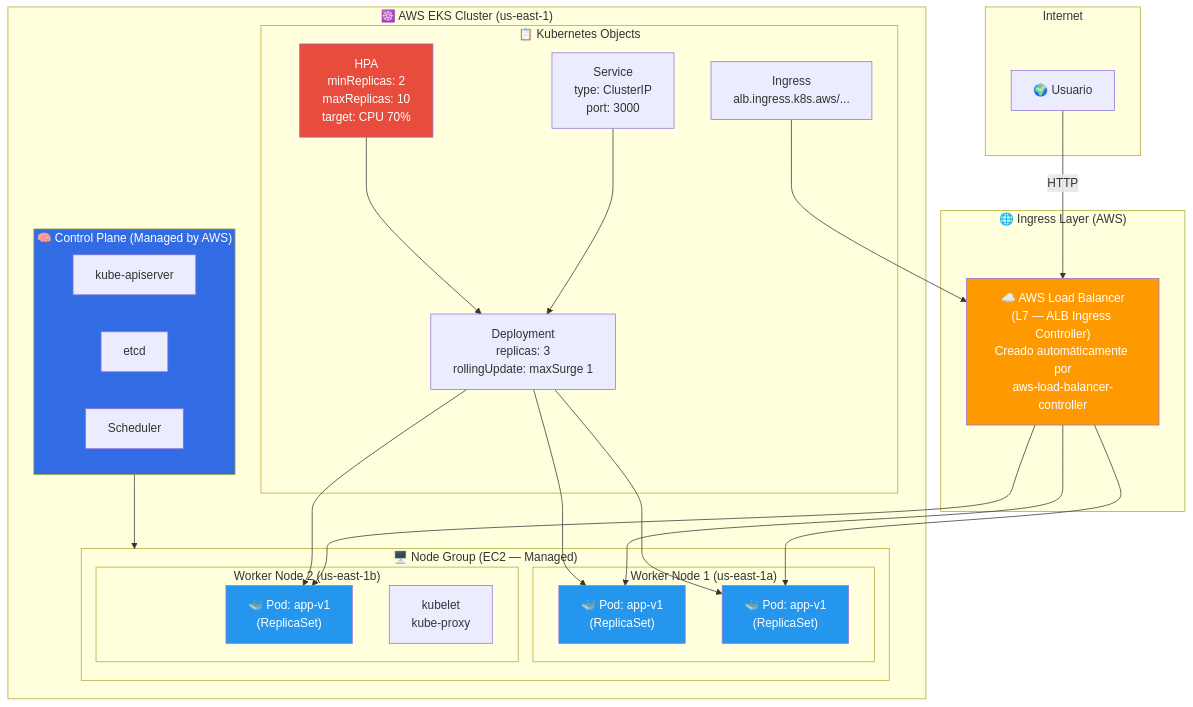
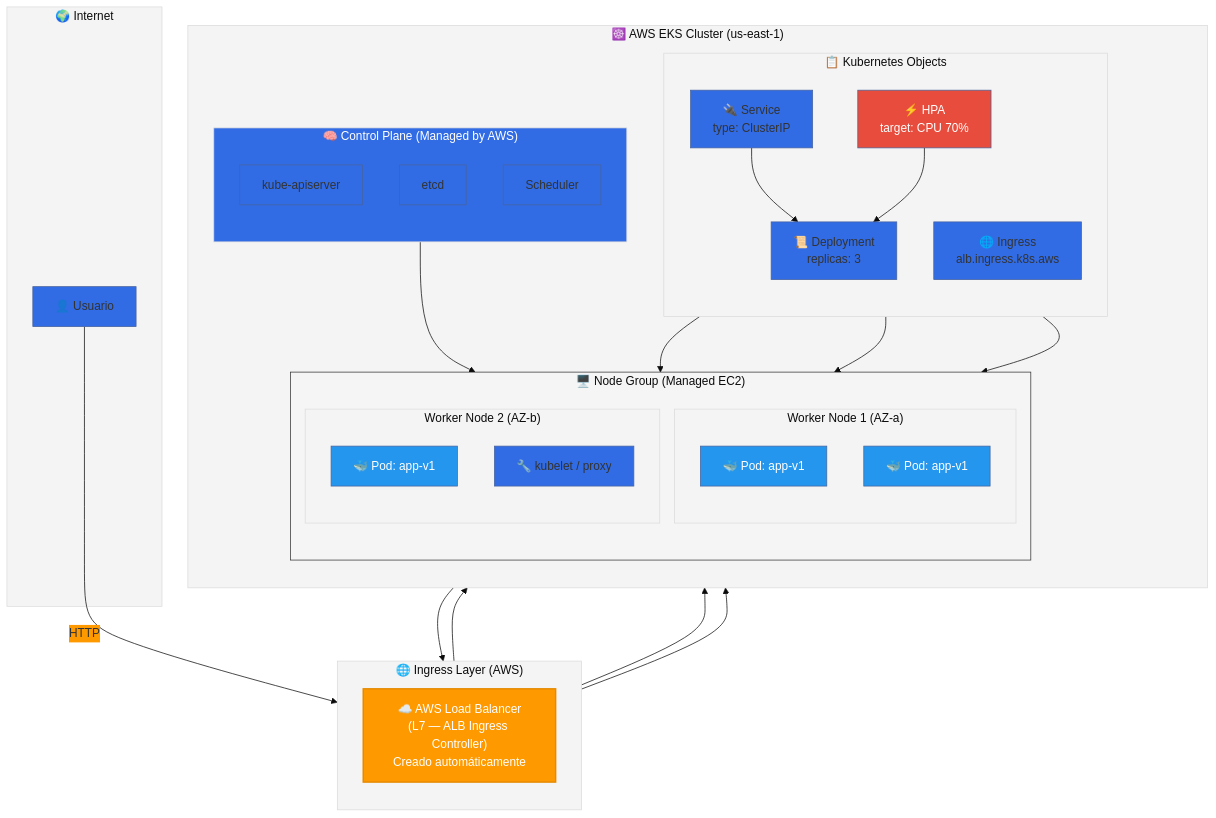
Before and after one commit to vladimiracunadev-create/proyectos-aws: the first of 4 diagrams in caso-k-kubernetes-eks/docs/architecture.md, drawn with Mermaid. The commit also changed other lines of this file and 6 other files, not shown here.

Commit message:
docs: mass optimization of architecture diagrams for all completed cases (A, B, C, D, J, K, L) - vertical flow and premium styles

````diff
--- a/caso-k-kubernetes-eks/docs/architecture.md
+++ b/caso-k-kubernetes-eks/docs/architecture.md
@@ -21,55 +17,62 @@
 ```mermaid
+%%{init: {'theme': 'base', 'themeVariables': { 'primaryColor': '#326CE5', 'secondaryColor': '#FF9900', 'tertiaryColor': '#f4f4f4', 'fontsize': '16px' }}}%%
 graph TB
-    subgraph Internet
-        User["🌍 Usuario"]
+    subgraph Internet["🌍 Internet"]
+        User["👤 Usuario"]
     end
 
     subgraph K8s_Ingress["🌐 Ingress Layer (AWS)"]
-        LB["☁️ AWS Load Balancer\n(L7 — ALB Ingress Controller)\nCreado automáticamente por\naws-load-balancer-controller"]
+        direction TB
+        LB["☁️ AWS Load Balancer\n(L7 — ALB Ingress Controller)\nCreado automáticamente"]
     end
 
     subgraph EKS_Cluster["☸️ AWS EKS Cluster (us-east-1)"]
+        direction TB
         subgraph ControlPlane["🧠 Control Plane (Managed by AWS)"]
+            direction TB
             API["kube-apiserver"]
             ETCD["etcd"]
             Scheduler["Scheduler"]
         end
 
-        subgraph NodeGroup["🖥️ Node Group (EC2 — Managed)"]
-            subgraph Node1["Worker Node 1 (us-east-1a)"]
-                Pod1["🐳 Pod: app-v1\n(ReplicaSet)"]
-                Pod2["🐳 Pod: app-v1\n(ReplicaSet)"]
+        subgraph NodeGroup["🖥️ Node Group (Managed EC2)"]
+            direction TB
+            subgraph Node1["Worker Node 1 (AZ-a)"]
+                Pod1["🐳 Pod: app-v1"]
+                Pod2["🐳 Pod: app-v1"]
             end
-            subgraph Node2["Worker Node 2 (us-east-1b)"]
-                Pod3["🐳 Pod: app-v1\n(ReplicaSet)"]
-                Kubelet["kubelet\nkube-proxy"]
+            subgraph Node2["Worker Node 2 (AZ-b)"]
+                Pod3["🐳 Pod: app-v1"]
+                Kubelet["🔧 kubelet / proxy"]
             end
         end
 
         subgraph K8sObjects["📋 Kubernetes Objects"]
-            Deployment["Deployment\nreplicas: 3\nrollingUpdate: maxSurge 1"]
-            Service["Service\ntype: ClusterIP\nport: 3000"]
-            Ingress["Ingress\nalb.ingress.k8s.aws/..."]
-            HPA["HPA\nminReplicas: 2\nmaxReplicas: 10\ntarget: CPU 70%"]
+            direction TB
+            Deployment["📜 Deployment\nreplicas: 3"]
+            Service["🔌 Service\ntype: ClusterIP"]
+            Ingress["🌐 Ingress\nalb.ingress.k8s.aws"]
+            HPA["⚡ HPA\ntarget: CPU 70%"]
         end
     end
 
     User -->|"HTTP"| LB
     LB --> Pod1
     LB --> Pod2
     LB --> Pod3
     ControlPlane --> NodeGroup
     Deployment --> Pod1
     Deployment --> Pod2
     Deployment --> Pod3
     Service --> Deployment
     Ingress --> LB
     HPA --> Deployment
 
-    style LB fill:#FF9900,color:#fff
+    style LB fill:#FF9900,color:#fff,stroke:#e68a00,stroke-width:2px
     style ControlPlane fill:#326CE5,color:#fff
+    style NodeGroup fill:#f5f5f5,stroke:#333
     style Pod1 fill:#2496ED,color:#fff
     style Pod2 fill:#2496ED,color:#fff
     style Pod3 fill:#2496ED,color:#fff
     style HPA fill:#E74C3C,color:#fff
 ```
````
